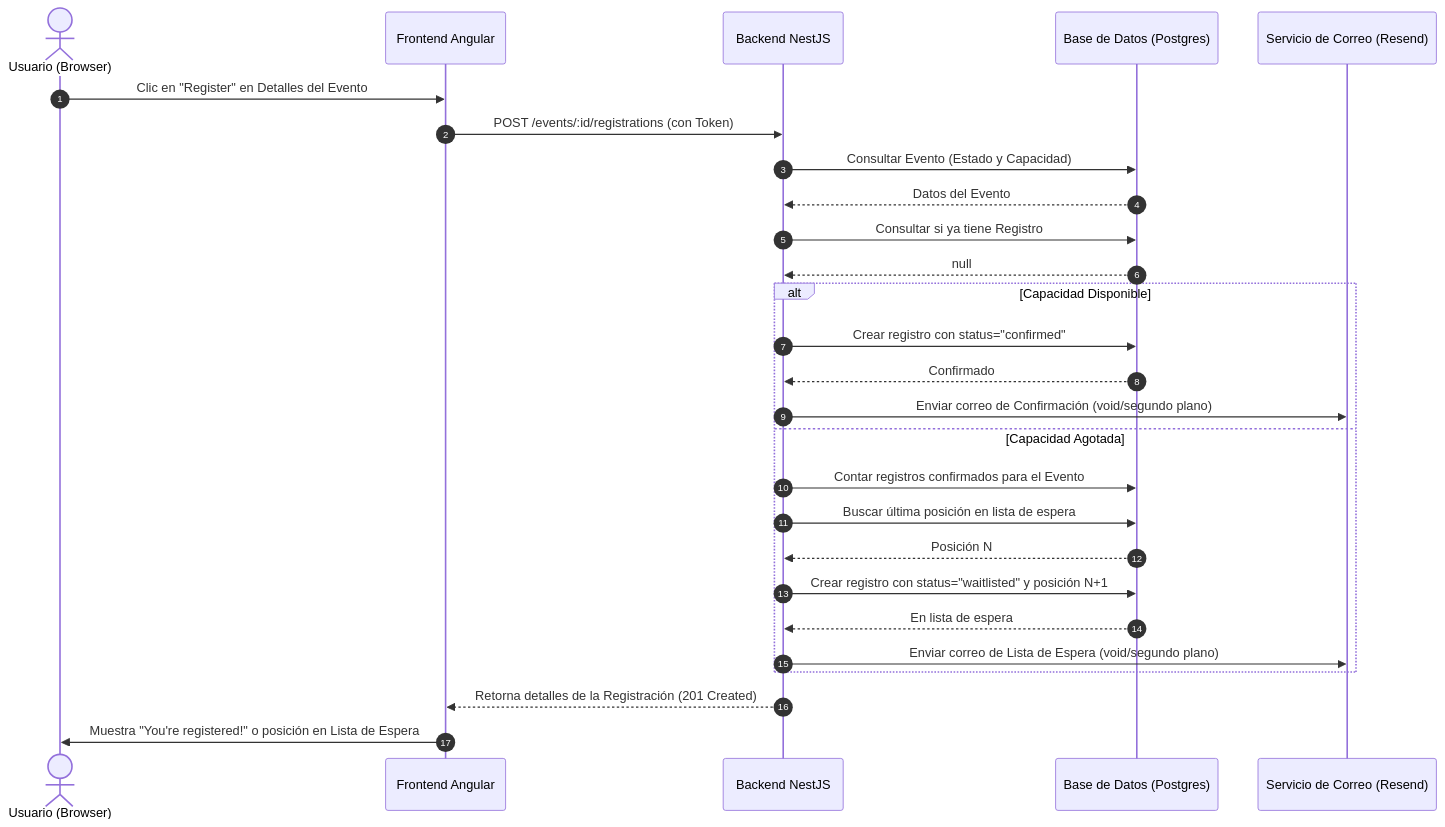
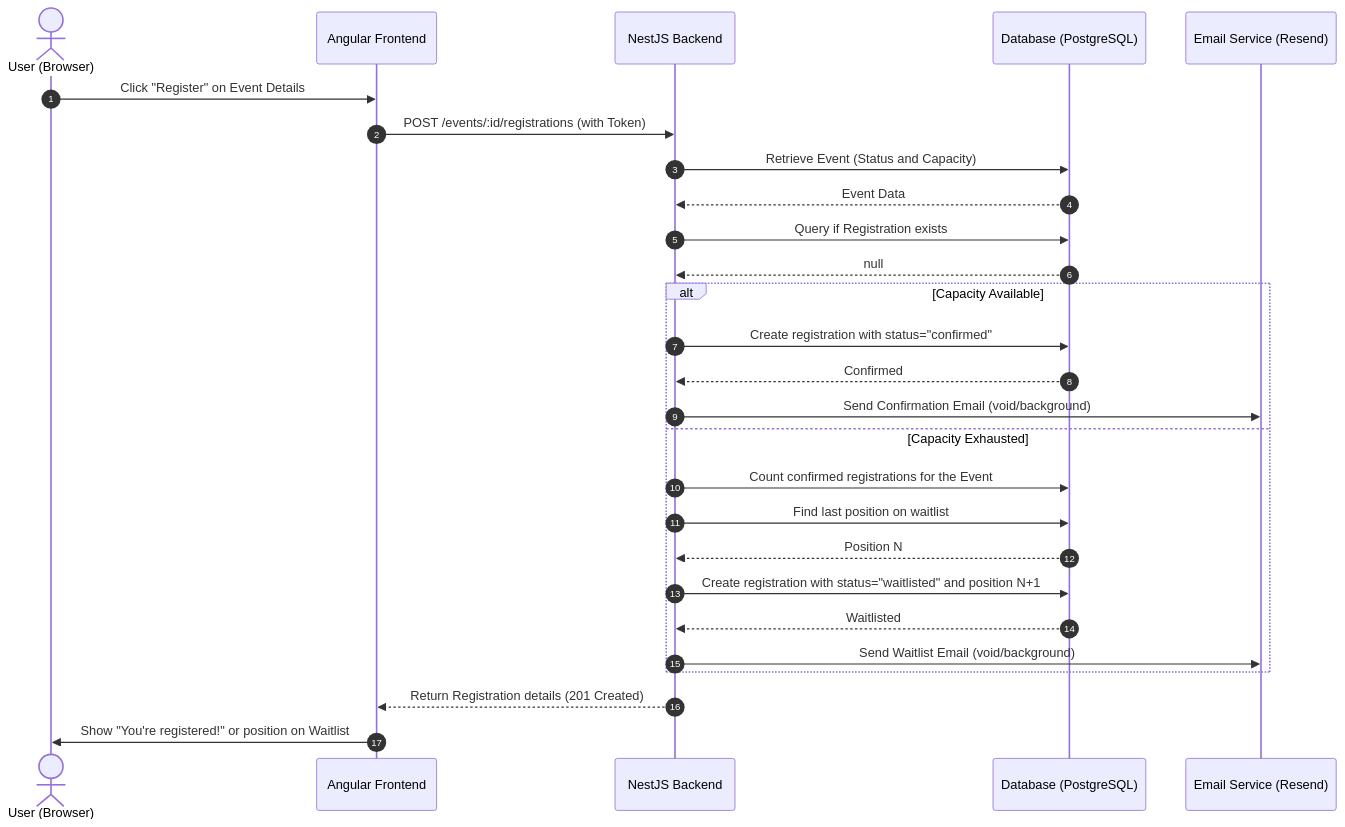
Before and after one commit to Catriel42/events-manager-jalau: the second of 2 diagrams in README.md, drawn with Mermaid. The commit also changed other lines of this file, not shown here.

````diff
--- a/README.md
+++ b/README.md
@@ -68,30 +68,30 @@
 ```mermaid
 sequenceDiagram
   autonumber
-  actor User as Usuario (Browser)
-  participant UI as Frontend Angular
-  participant API as Backend NestJS
-  participant DB as Base de Datos (Postgres)
-  participant Email as Servicio de Correo (Resend)
+  actor User as User (Browser)
+  participant UI as Angular Frontend
+  participant API as NestJS Backend
+  participant DB as Database (PostgreSQL)
+  participant Email as Email Service (Resend)
 
-  User->>UI: Clic en "Register" en Detalles del Evento
-  UI->>API: POST /events/:id/registrations (con Token)
-  API->>DB: Consultar Evento (Estado y Capacidad)
-  DB-->>API: Datos del Evento
-  API->>DB: Consultar si ya tiene Registro
+  User->>UI: Click "Register" on Event Details
+  UI->>API: POST /events/:id/registrations (with Token)
+  API->>DB: Retrieve Event (Status and Capacity)
+  DB-->>API: Event Data
+  API->>DB: Query if Registration exists
   DB-->>API: null
-  alt Capacidad Disponible
-      API->>DB: Crear registro con status="confirmed"
-      DB-->>API: Confirmado
-      API->>Email: Enviar correo de Confirmación (void/segundo plano)
-  else Capacidad Agotada
-      API->>DB: Contar registros confirmados para el Evento
-      API->>DB: Buscar última posición en lista de espera
-      DB-->>API: Posición N
-      API->>DB: Crear registro con status="waitlisted" y posición N+1
-      DB-->>API: En lista de espera
-      API->>Email: Enviar correo de Lista de Espera (void/segundo plano)
+  alt Capacity Available
+      API->>DB: Create registration with status="confirmed"
+      DB-->>API: Confirmed
+      API->>Email: Send Confirmation Email (void/background)
+  else Capacity Exhausted
+      API->>DB: Count confirmed registrations for the Event
+      API->>DB: Find last position on waitlist
+      DB-->>API: Position N
+      API->>DB: Create registration with status="waitlisted" and position N+1
+      DB-->>API: Waitlisted
+      API->>Email: Send Waitlist Email (void/background)
   end
-  API-->>UI: Retorna detalles de la Registración (201 Created)
-  UI->>User: Muestra "You're registered!" o posición en Lista de Espera
+  API-->>UI: Return Registration details (201 Created)
+  UI->>User: Show "You're registered!" or position on Waitlist
 ```
````
